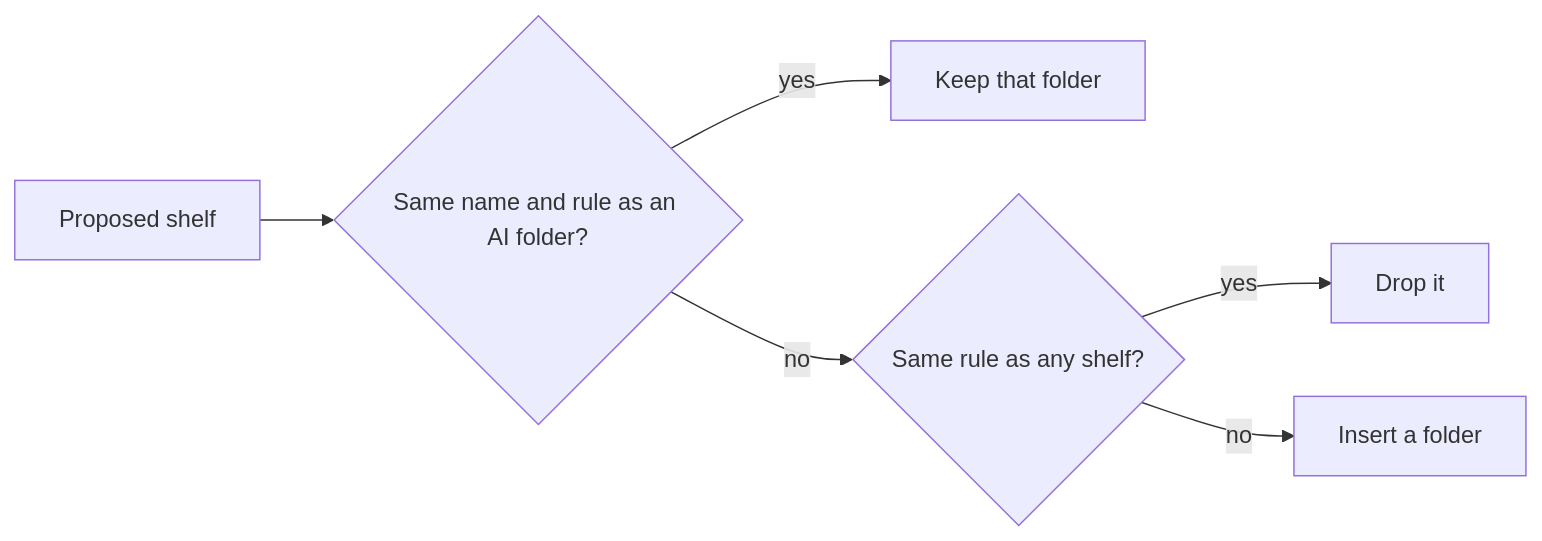
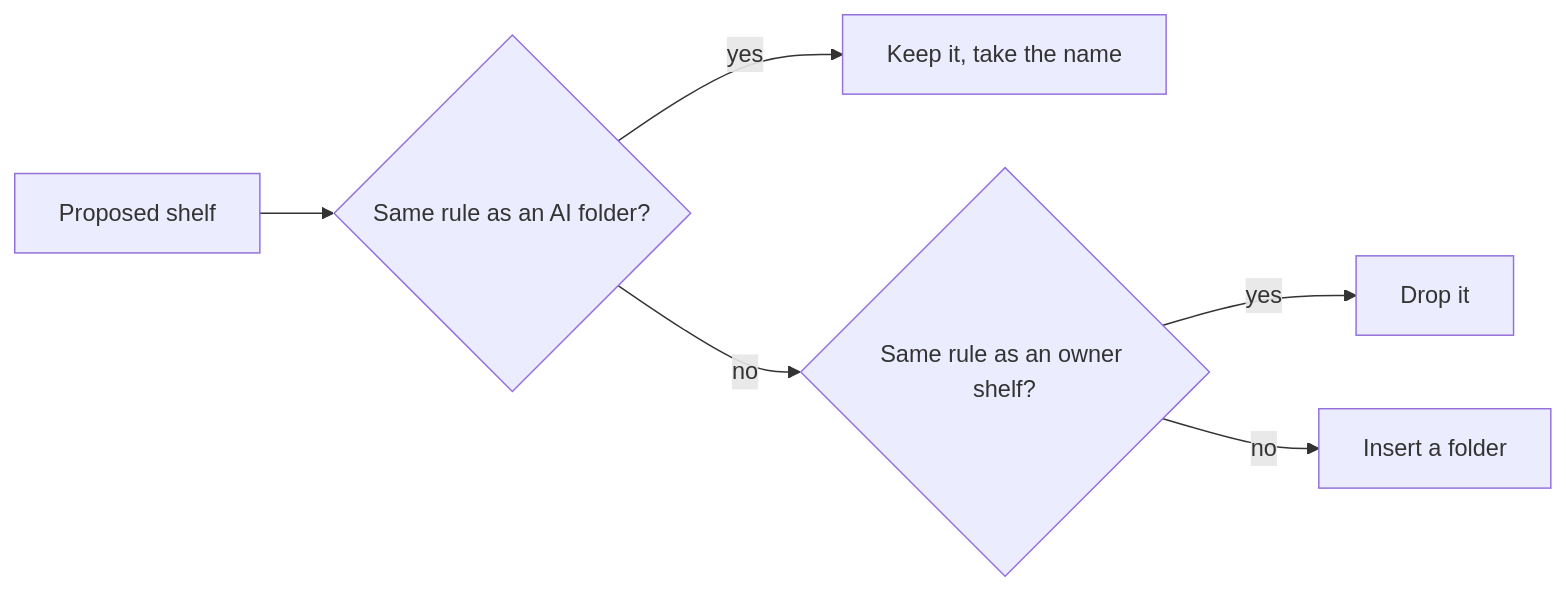
The diagram in specs/057-ai-home/research.md (syudead/vv), drawn with Mermaid before and after one commit. The commit also changed other lines of this file and 7 other files, not shown here.

First line of the commit message:
plan(057): keep an AI folder whose rule repeats, leave child folders off shelves, organizer optional for guests

````diff
--- a/specs/057-ai-home/research.md
+++ b/specs/057-ai-home/research.md
@@ -99,8 +103,8 @@
 ```mermaid
 flowchart LR
-  p[Proposed shelf] --> same{Same name and rule as an AI folder?}
-  same -->|yes| keep[Keep that folder]
-  same -->|no| dup{Same rule as any shelf?}
-  dup -->|yes| drop[Drop it]
-  dup -->|no| add[Insert a folder]
+  p[Proposed shelf] --> ai{Same rule as an AI folder?}
+  ai -->|yes| keep[Keep it, take the name]
+  ai -->|no| own{Same rule as an owner shelf?}
+  own -->|yes| drop[Drop it]
+  own -->|no| add[Insert a folder]
 ```
````
